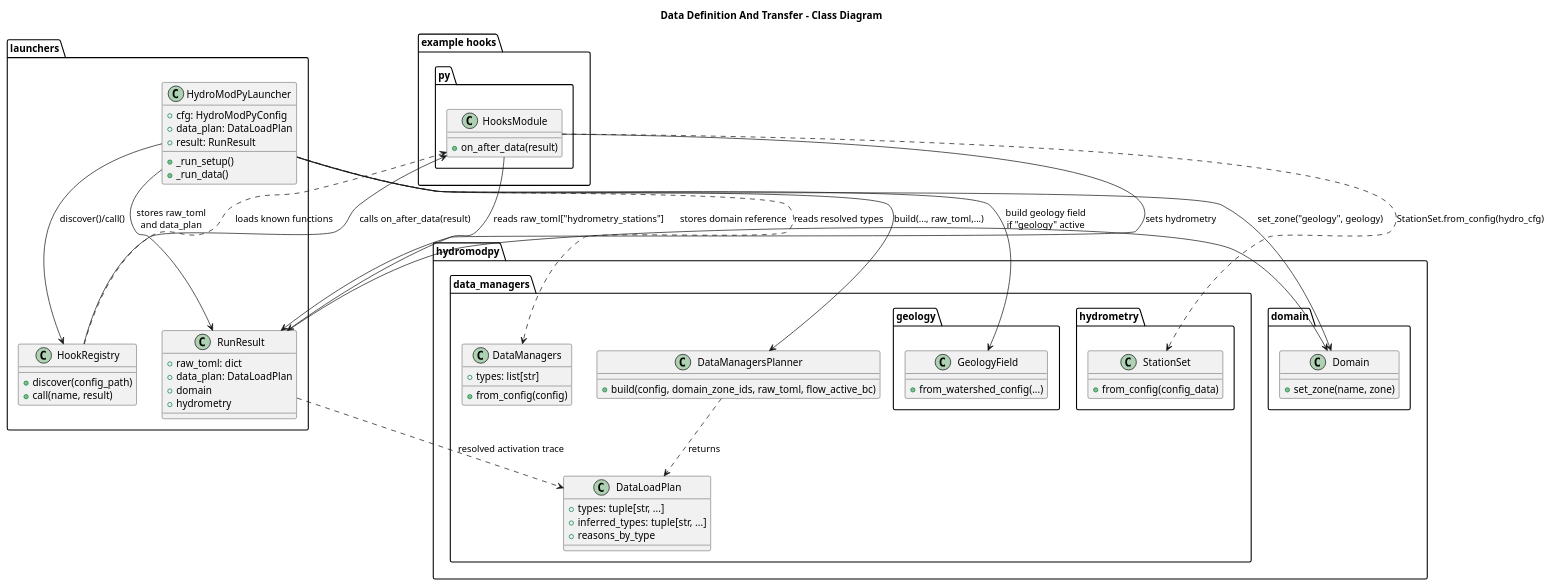
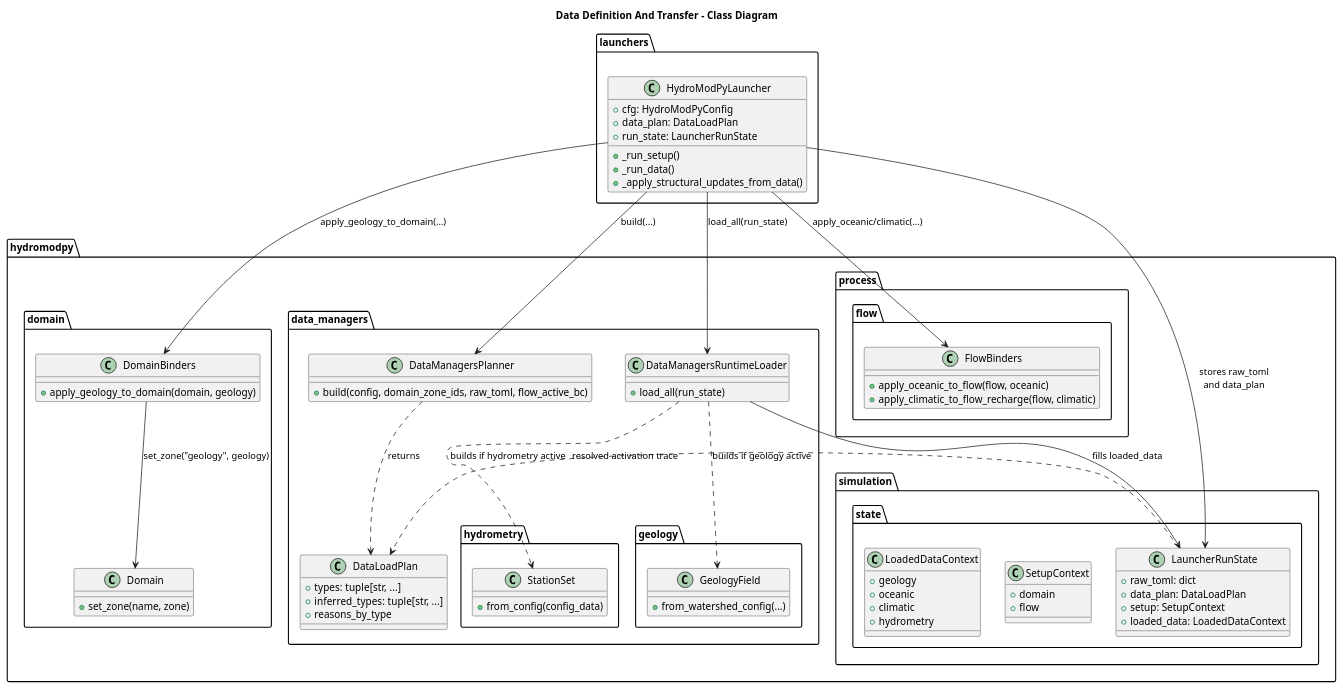
Before and after one commit to HydroModPy/HydroModPy: the diagram in docs/readthedocs/source/architecture/data_loading/diagrams/data_definition_transfer_class.wsd, drawn with PlantUML. The commit also changed 1519 other files, not shown here.

```diff
--- a/docs/readthedocs/source/architecture/data_loading/diagrams/data_definition_transfer_class.wsd
+++ b/docs/readthedocs/source/architecture/data_loading/diagrams/data_definition_transfer_class.wsd
@@ -1,85 +1,95 @@
 @startuml
 title Data Definition And Transfer - Class Diagram
 
 package "launchers" {
   class HydroModPyLauncher {
     +cfg: HydroModPyConfig
     +data_plan: DataLoadPlan
-    +result: RunResult
+    +run_state: LauncherRunState
     +_run_setup()
     +_run_data()
+    +_apply_structural_updates_from_data()
+  }
+}
+
+package "hydromodpy.simulation.state" {
+  class LauncherRunState {
+    +raw_toml: dict
+    +data_plan: DataLoadPlan
+    +setup: SetupContext
+    +loaded_data: LoadedDataContext
   }
 
-  class HookRegistry {
-    +discover(config_path)
-    +call(name, result)
+  class SetupContext {
+    +domain
+    +flow
   }
 
-  class RunResult {
-    +raw_toml: dict
-    +data_plan: DataLoadPlan
-    +domain
+  class LoadedDataContext {
+    +geology
+    +oceanic
+    +climatic
     +hydrometry
   }
 }
 
 package "hydromodpy.data_managers" {
   class DataManagersPlanner {
     +build(config, domain_zone_ids, raw_toml, flow_active_bc)
   }
 
   class DataLoadPlan {
     +types: tuple[str, ...]
     +inferred_types: tuple[str, ...]
     +reasons_by_type
   }
 
-  class DataManagers {
-    +from_config(config)
-    +types: list[str]
-  }
-}
-
-package "hydromodpy.domain" {
-  class Domain {
-    +set_zone(name, zone)
+  class DataManagersRuntimeLoader {
+    +load_all(run_state)
   }
 }
 
 package "hydromodpy.data_managers.geology" {
   class GeologyField {
     +from_watershed_config(...)
   }
 }
 
 package "hydromodpy.data_managers.hydrometry" {
   class StationSet {
     +from_config(config_data)
   }
 }
 
-package "example hooks.py" {
-  class HooksModule {
-    +on_after_data(result)
+package "hydromodpy.domain" {
+  class Domain {
+    +set_zone(name, zone)
+  }
+
+  class DomainBinders {
+    +apply_geology_to_domain(domain, geology)
   }
 }
 
-HydroModPyLauncher --> DataManagersPlanner : build(..., raw_toml,...)
+package "hydromodpy.process.flow" {
+  class FlowBinders {
+    +apply_oceanic_to_flow(flow, oceanic)
+    +apply_climatic_to_flow_recharge(flow, climatic)
+  }
+}
+
+HydroModPyLauncher --> DataManagersPlanner : build(...)
 DataManagersPlanner ..> DataLoadPlan : returns
-HydroModPyLauncher --> RunResult : stores raw_toml\nand data_plan
+HydroModPyLauncher --> LauncherRunState : stores raw_toml\nand data_plan
+HydroModPyLauncher --> DataManagersRuntimeLoader : load_all(run_state)
+DataManagersRuntimeLoader --> LauncherRunState : fills loaded_data
 
-HydroModPyLauncher ..> DataManagers : reads resolved types
-HydroModPyLauncher --> GeologyField : build geology field\nif "geology" active
-HydroModPyLauncher --> Domain : set_zone("geology", geology)
-Domain <-- RunResult : stores domain reference
+DataManagersRuntimeLoader ..> GeologyField : builds if geology active
+DataManagersRuntimeLoader ..> StationSet : builds if hydrometry active
 
-HydroModPyLauncher --> HookRegistry : discover()/call()
-HookRegistry ..> HooksModule : loads known functions
-HookRegistry --> HooksModule : calls on_after_data(result)
+HydroModPyLauncher --> DomainBinders : apply_geology_to_domain(...)
+DomainBinders --> Domain : set_zone("geology", geology)
+HydroModPyLauncher --> FlowBinders : apply_oceanic/climatic(...)
 
-HooksModule --> RunResult : reads raw_toml["hydrometry_stations"]
-HooksModule ..> StationSet : StationSet.from_config(hydro_cfg)
-HooksModule --> RunResult : sets hydrometry
-
-RunResult ..> DataLoadPlan : resolved activation trace
+LauncherRunState ..> DataLoadPlan : resolved activation trace
 @enduml
```
